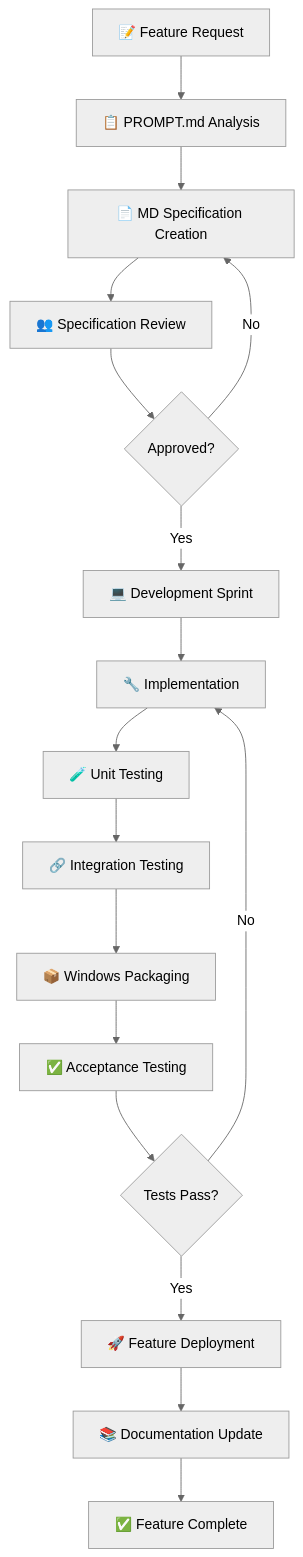
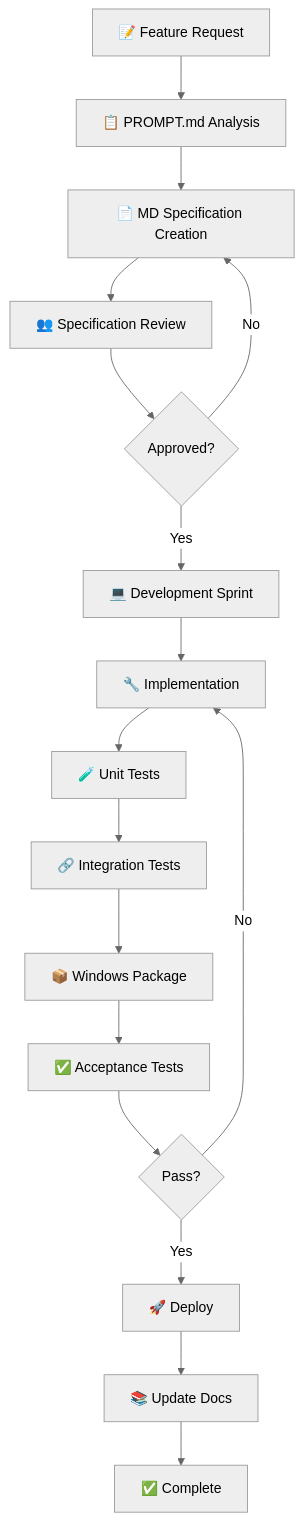
The seventh of 13 diagrams in features/README.md (pavan53732/Apex-Arbitrage-Multichain-bot-for-windows), drawn with Mermaid (neutral theme) before and after one commit. The commit also changed other lines of this file and 2 other files, not shown here.

````diff
--- a/features/README.md
+++ b/features/README.md
@@ -306,21 +388,20 @@
 ```mermaid
 flowchart TD
     A["📝 Feature Request"] --> B["📋 PROMPT.md Analysis"]
     B --> C["📄 MD Specification Creation"]
     C --> D["👥 Specification Review"]
     D --> E{"Approved?"}
     E -->|No| C
     E -->|Yes| F["💻 Development Sprint"]
     
     F --> G["🔧 Implementation"]
-    G --> H["🧪 Unit Testing"]
-    H --> I["🔗 Integration Testing"]
-    I --> J["📦 Windows Packaging"]
-    J --> K["✅ Acceptance Testing"]
-    K --> L{"Tests Pass?"}
+    G --> H["🧪 Unit Tests"]
+    H --> I["🔗 Integration Tests"]
+    I --> J["📦 Windows Package"]
+    J --> K["✅ Acceptance Tests"]
+    K --> L{"Pass?"}
     L -->|No| G
-    L -->|Yes| M["🚀 Feature Deployment"]
-    
-    M --> N["📚 Documentation Update"]
-    N --> O["✅ Feature Complete"]
+    L -->|Yes| M["🚀 Deploy"]
+    M --> N["📚 Update Docs"]
+    N --> O["✅ Complete"]
 ```
````
